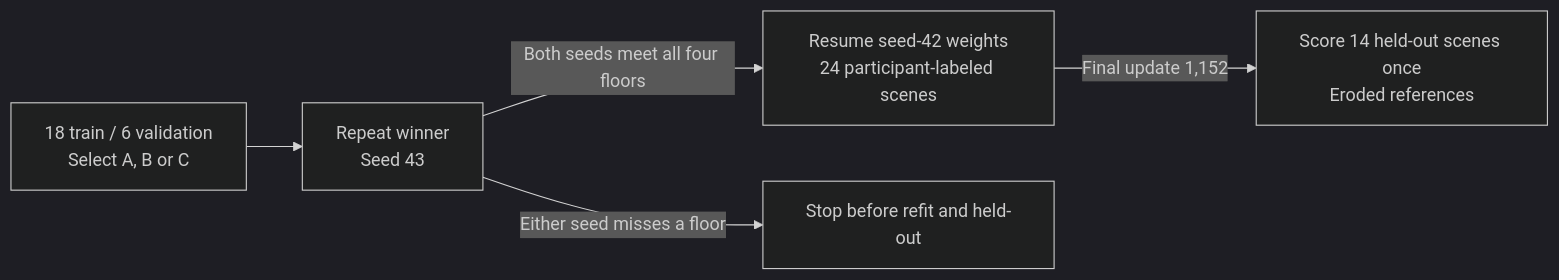
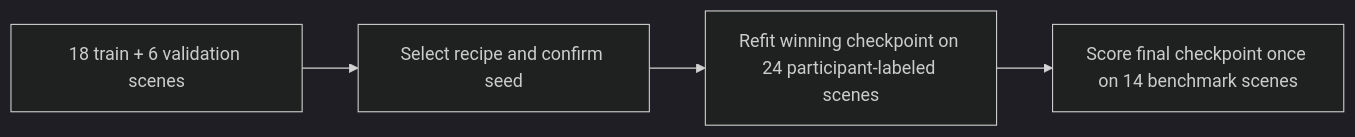
Before and after one commit to damminhtien/deepnet-for-semantic-labeling-photogrammetry: the diagram in README.md, drawn with Mermaid (dark theme). The commit also changed other lines of this file and 3 other files, not shown here.

````diff
--- a/README.md
+++ b/README.md
@@ -159,7 +173,6 @@
 ```mermaid
 flowchart LR
-    A["18 train / 6 validation<br/>Select A, B or C"] --> B["Repeat winner<br/>Seed 43"]
-    B -->|"Both seeds meet all four floors"| C["Resume seed-42 weights<br/>24 participant-labeled scenes"]
-    C -->|"Final update 1,152"| D["Score 14 held-out scenes once<br/>Eroded references"]
-    B -->|"Either seed misses a floor"| E["Stop before refit and held-out"]
+    A[18 train + 6 validation scenes] --> B[Select recipe and confirm seed]
+    B --> C[Refit winning checkpoint on 24 participant-labeled scenes]
+    C --> D[Score final checkpoint once on 14 benchmark scenes]
 ```
````
